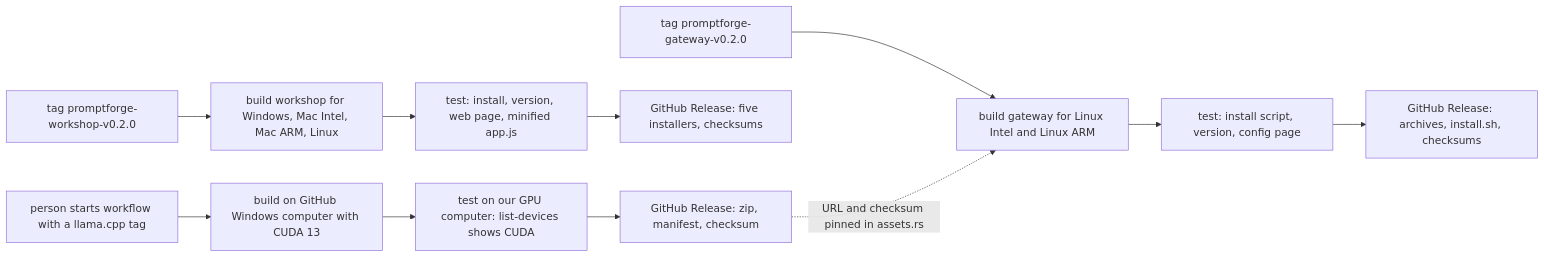
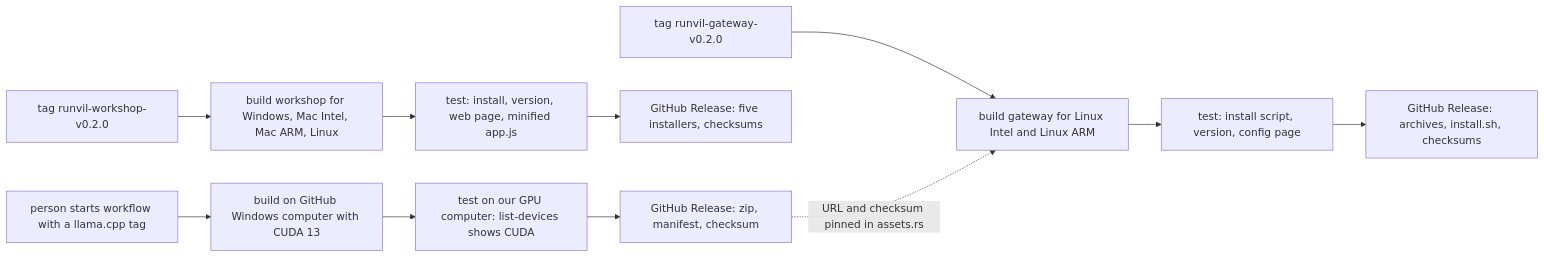
One commit to cppalliance/promptforge changed the diagram in vibe/2026-09/2026-09-01-1-build-simplification.md. Above: the diagram before and after it, drawn with Mermaid. The commit also changed other lines of this file and 1573 other files, not shown here.

````diff
--- a/vibe/2026-09/2026-09-01-1-build-simplification.md
+++ b/vibe/2026-09/2026-09-01-1-build-simplification.md
@@ -287,13 +287,13 @@
 ```mermaid
 flowchart LR
-  tagGw["tag promptforge-gateway-v0.2.0"] --> gwBuild["build gateway for Linux Intel and Linux ARM"]
+  tagGw["tag runvil-gateway-v0.2.0"] --> gwBuild["build gateway for Linux Intel and Linux ARM"]
   gwBuild --> gwSmoke["test: install script, version, config page"]
   gwSmoke --> gwRelease["GitHub Release: archives, install.sh, checksums"]
-  tagWs["tag promptforge-workshop-v0.2.0"] --> wsBuild["build workshop for Windows, Mac Intel, Mac ARM, Linux"]
+  tagWs["tag runvil-workshop-v0.2.0"] --> wsBuild["build workshop for Windows, Mac Intel, Mac ARM, Linux"]
   wsBuild --> wsSmoke["test: install, version, web page, minified app.js"]
   wsSmoke --> wsRelease["GitHub Release: five installers, checksums"]
   bwRun["person starts workflow with a llama.cpp tag"] --> bwBuild["build on GitHub Windows computer with CUDA 13"]
   bwBuild --> bwSmoke["test on our GPU computer: list-devices shows CUDA"]
   bwSmoke --> bwRelease["GitHub Release: zip, manifest, checksum"]
   bwRelease -. "URL and checksum pinned in assets.rs" .-> gwBuild
 ```
````
